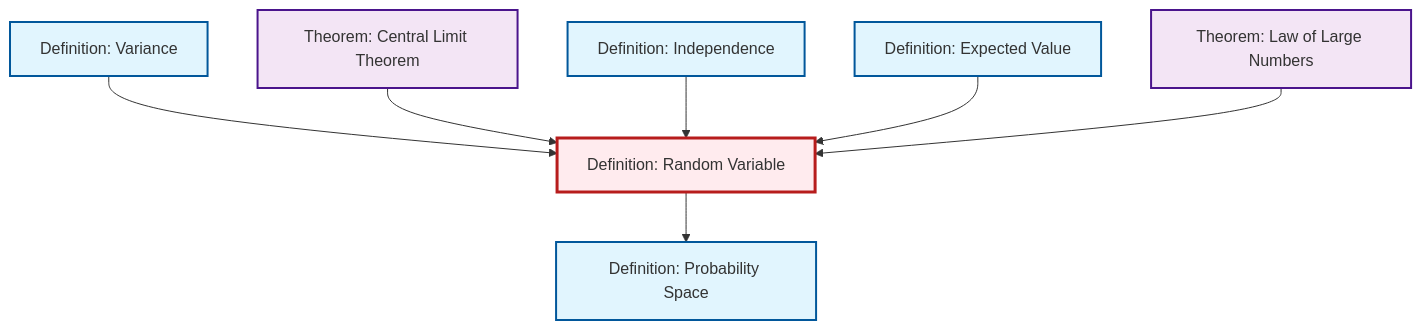
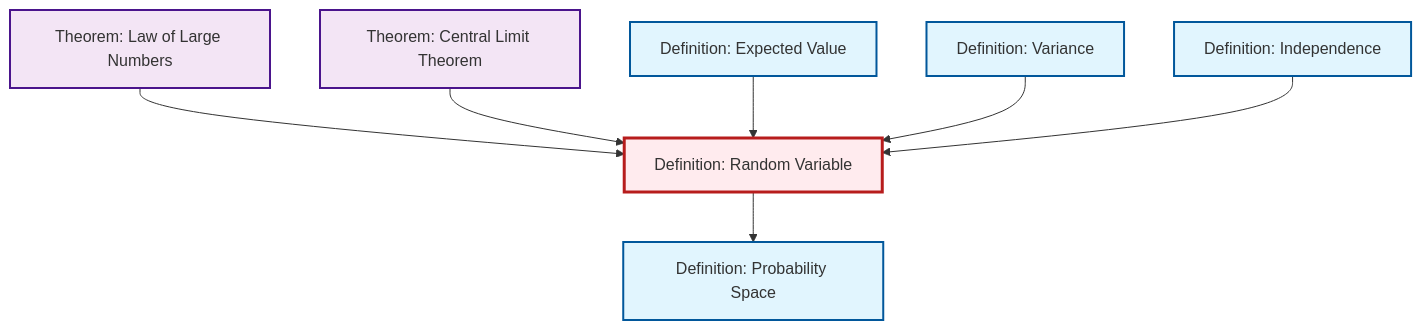
Before and after one commit to RK0429/ModernMath: the diagram in content/en/probability-statistics/def-random-variable.qmd, drawn with Mermaid. The commit also changed other lines of this file and 531 other files, not shown here.

````diff
--- a/content/en/probability-statistics/def-random-variable.qmd
+++ b/content/en/probability-statistics/def-random-variable.qmd
@@ -47,29 +47,29 @@
 ```{mermaid}
 %%| fig-cap: "Local dependency graph"
 graph TD
     classDef definition fill:#e1f5fe,stroke:#01579b,stroke-width:2px
     classDef theorem fill:#f3e5f5,stroke:#4a148c,stroke-width:2px
     classDef axiom fill:#fff3e0,stroke:#e65100,stroke-width:2px
     classDef example fill:#e8f5e9,stroke:#1b5e20,stroke-width:2px
     classDef current fill:#ffebee,stroke:#b71c1c,stroke-width:3px
     def-random-variable["Definition: Random Variable"]:::definition
-    def-variance["Definition: Variance"]:::definition
-    thm-central-limit["Theorem: Central Limit Theorem"]:::theorem
     def-expectation["Definition: Expected Value"]:::definition
     thm-law-of-large-numbers["Theorem: Law of Large Numbers"]:::theorem
+    def-probability-space["Definition: Probability Space"]:::definition
     def-independence["Definition: Independence"]:::definition
-    def-probability-space["Definition: Probability Space"]:::definition
+    thm-central-limit["Theorem: Central Limit Theorem"]:::theorem
+    def-variance["Definition: Variance"]:::definition
+    thm-law-of-large-numbers --> def-random-variable
+    thm-central-limit --> def-random-variable
+    def-random-variable --> def-probability-space
+    def-expectation --> def-random-variable
     def-variance --> def-random-variable
-    thm-central-limit --> def-random-variable
     def-independence --> def-random-variable
-    def-expectation --> def-random-variable
-    def-random-variable --> def-probability-space
-    thm-law-of-large-numbers --> def-random-variable
     class def-random-variable current
-    click def-variance "def-variance.html" "Go to Variance definition"
-    click thm-central-limit "thm-central-limit.html" "Go to Central Limit Theorem theorem"
     click def-expectation "def-expectation.html" "Go to Expected Value definition"
     click thm-law-of-large-numbers "thm-law-of-large-numbers.html" "Go to Law of Large Numbers theorem"
+    click def-probability-space "def-probability-space.html" "Go to Probability Space definition"
     click def-independence "def-independence.html" "Go to Independence definition"
-    click def-probability-space "def-probability-space.html" "Go to Probability Space definition"
+    click thm-central-limit "thm-central-limit.html" "Go to Central Limit Theorem theorem"
+    click def-variance "def-variance.html" "Go to Variance definition"
 ```
````
